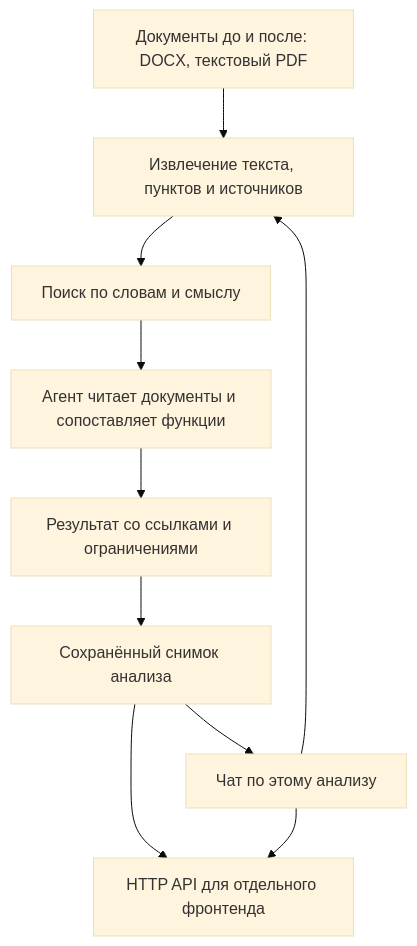
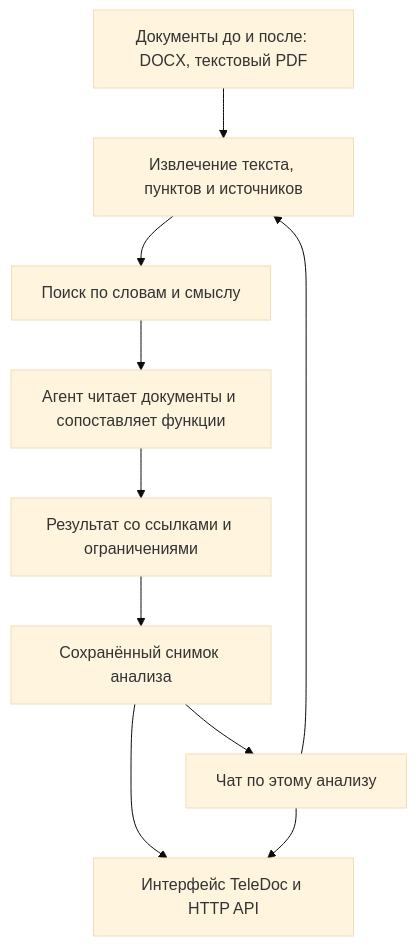
Before and after one commit to BAITC-Hacks/hack-4411138e-freax: the diagram in README.md, drawn with Mermaid (base theme). The commit also changed other lines of this file and 2 other files, not shown here.

Commit message:
docs: document TeleDoc integrated launch and verified behavior

````diff
--- a/README.md
+++ b/README.md
@@ -9,12 +9,12 @@
 ```mermaid
 flowchart TD
     A[Документы до и после: DOCX, текстовый PDF] --> B[Извлечение текста, пунктов и источников]
     B --> C[Поиск по словам и смыслу]
     C --> D[Агент читает документы и сопоставляет функции]
     D --> E[Результат со ссылками и ограничениями]
     E --> F[Сохранённый снимок анализа]
     F --> G[Чат по этому анализу]
     G --> B
-    F --> H[HTTP API для отдельного фронтенда]
+    F --> H[Интерфейс TeleDoc и HTTP API]
     G --> H
 ```
````
